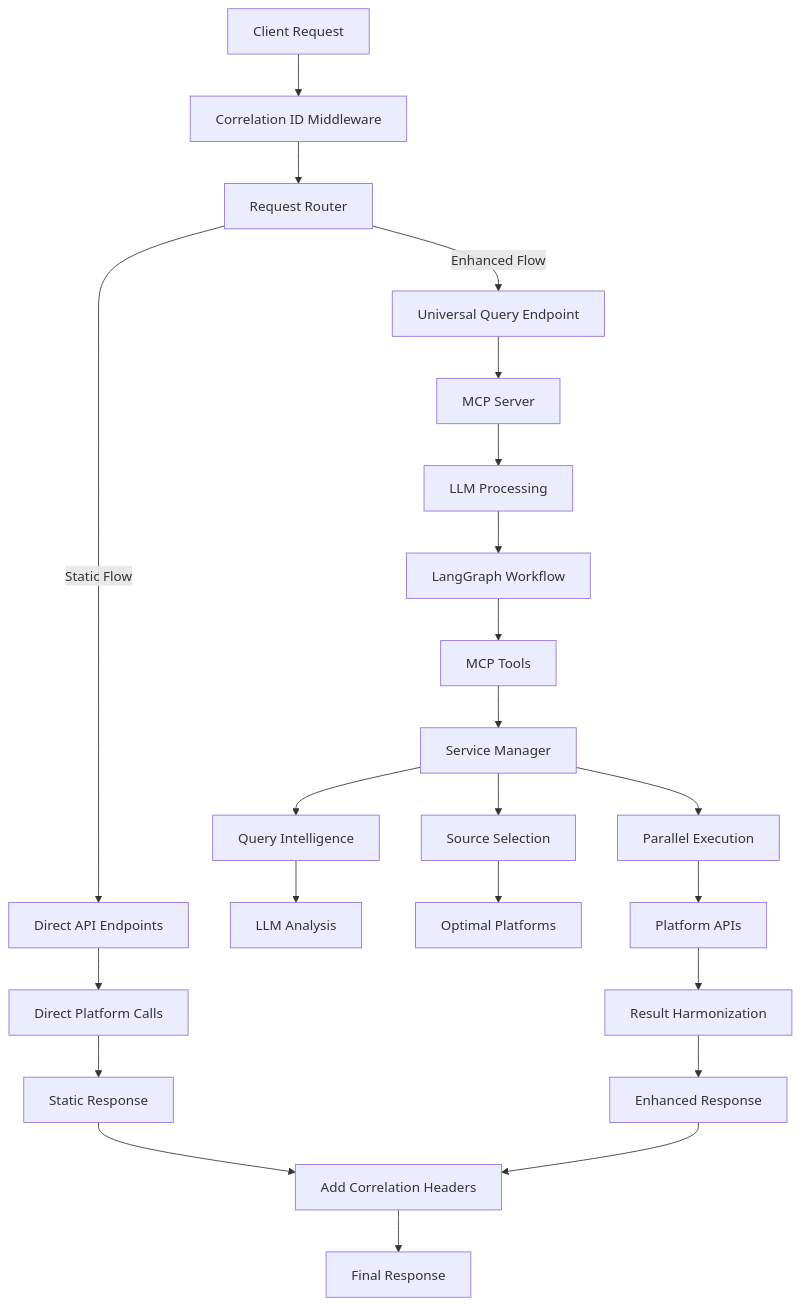
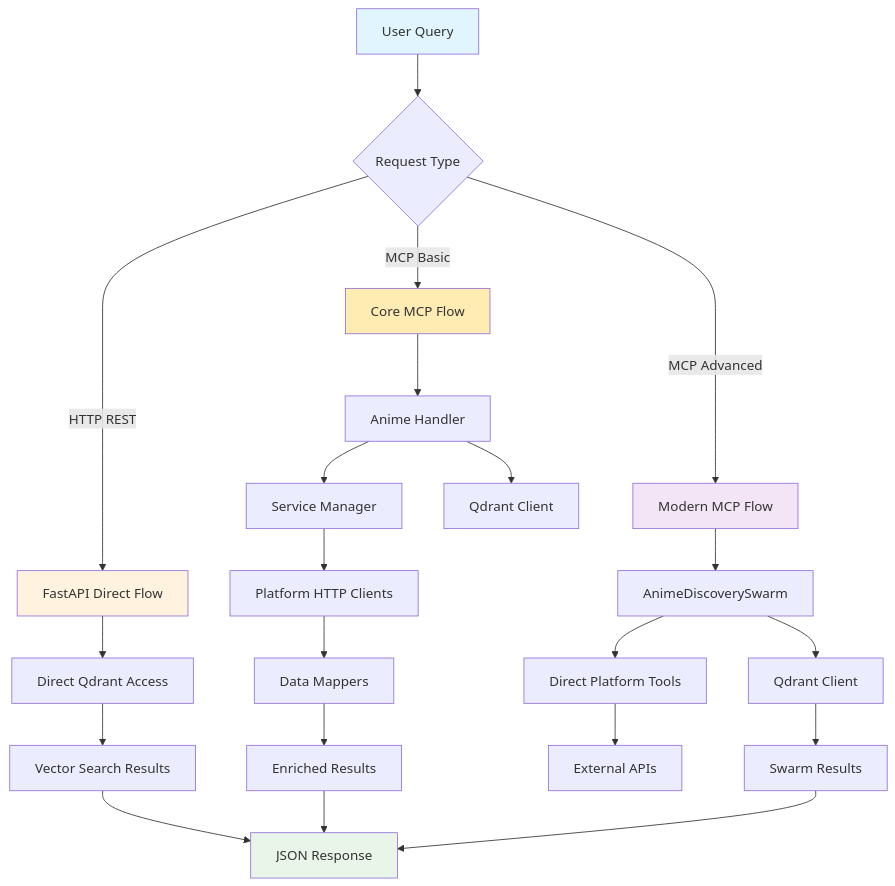
The second of 2 diagrams in docs/architecture.md (adnanaq/anime-mcp-server), drawn with Mermaid before and after one commit. The commit also changed other lines of this file and 29 other files, not shown here.

````diff
--- a/docs/architecture.md
+++ b/docs/architecture.md
@@ -476,32 +116,38 @@
 ```mermaid
 flowchart TD
-    Client[Client Request] --> Middleware[Correlation ID Middleware]
-    Middleware --> Router[Request Router]
+    Query[User Query] --> Route{Request Type}
     
-    Router -->|Static Flow| Static[Direct API Endpoints]
-    Router -->|Enhanced Flow| Enhanced[Universal Query Endpoint]
+    Route -->|HTTP REST| FastAPI[FastAPI Direct Flow]
+    Route -->|MCP Basic| CoreMCP[Core MCP Flow]
+    Route -->|MCP Advanced| ModernMCP[Modern MCP Flow]
     
-    Static --> PlatformDirect[Direct Platform Calls]
-    PlatformDirect --> StaticResponse[Static Response]
+    %% FastAPI Direct Flow
+    FastAPI --> QdrantDirect[Direct Qdrant Access]
+    QdrantDirect --> VectorResults[Vector Search Results]
     
-    Enhanced --> MCP[MCP Server]
-    MCP --> LLM[LLM Processing]
-    LLM --> LangGraph[LangGraph Workflow]
-    LangGraph --> MCPTools[MCP Tools]
-    MCPTools --> ServiceManager[Service Manager]
+    %% Core MCP Flow
+    CoreMCP --> AnimeHandler[Anime Handler]
+    AnimeHandler --> ServiceMgr[Service Manager]
+    AnimeHandler --> QdrantMCP[Qdrant Client]
+    ServiceMgr --> PlatformClients[Platform HTTP Clients]
+    PlatformClients --> DataMappers[Data Mappers]
+    DataMappers --> EnrichedResults[Enriched Results]
     
-    ServiceManager --> Intelligence[Query Intelligence]
-    ServiceManager --> Sources[Source Selection]
-    ServiceManager --> Execution[Parallel Execution]
+    %% Modern MCP Flow
+    ModernMCP --> LangGraph[AnimeDiscoverySwarm]
+    LangGraph --> PlatformTools[Direct Platform Tools]
+    PlatformTools --> ExternalAPIs[External APIs]
+    LangGraph --> QdrantLang[Qdrant Client]
+    QdrantLang --> SwarmResults[Swarm Results]
     
-    Intelligence --> LLMAnalysis[LLM Analysis]
-    Sources --> OptimalPlatforms[Optimal Platforms]
-    Execution --> PlatformAPIs[Platform APIs]
+    %% Results
+    VectorResults --> Response[JSON Response]
+    EnrichedResults --> Response
+    SwarmResults --> Response
     
-    PlatformAPIs --> Harmonization[Result Harmonization]
-    Harmonization --> EnhancedResponse[Enhanced Response]
-    
-    StaticResponse --> CorrelationHeaders[Add Correlation Headers]
-    EnhancedResponse --> CorrelationHeaders
-    CorrelationHeaders --> FinalResponse[Final Response]
+    style Query fill:#e1f5fe
+    style FastAPI fill:#fff3e0
+    style CoreMCP fill:#ffecb3
+    style ModernMCP fill:#f3e5f5
+    style Response fill:#e8f5e8
 ```
````
